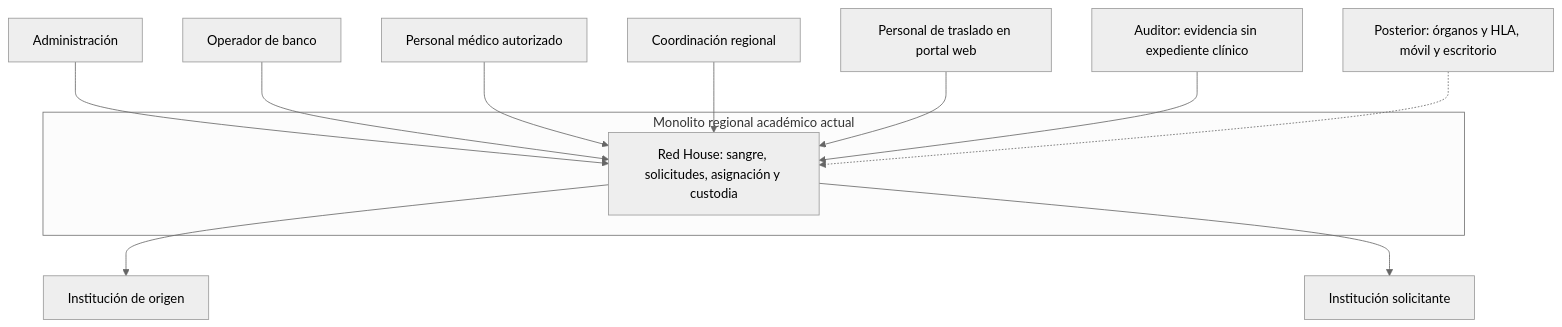
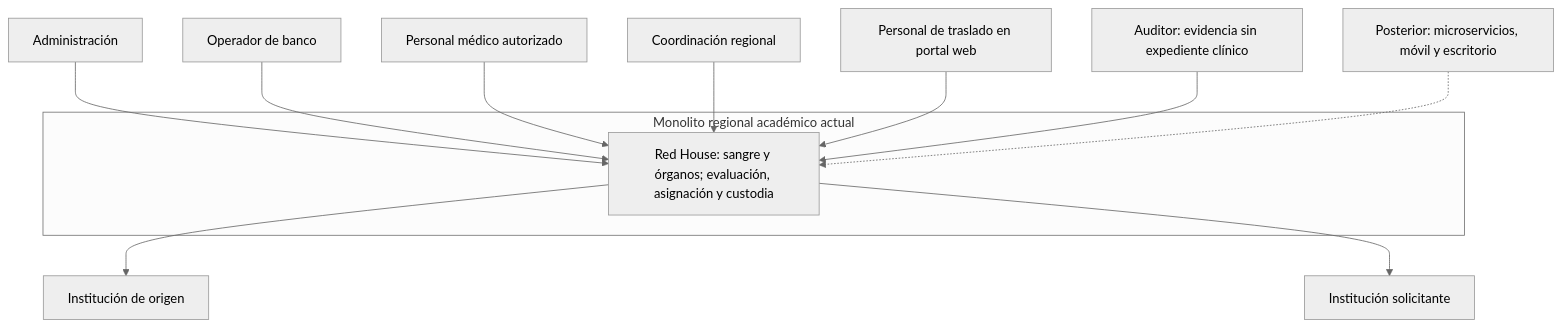
One commit to victor-berlanga/Red-House changed the diagram in documentation/report-assets/diagrams/01_contexto.mmd. Above: the diagram before and after it, drawn with Mermaid (neutral theme). The commit also changed 454 other files, not shown here.

```diff
--- a/documentation/report-assets/diagrams/01_contexto.mmd
+++ b/documentation/report-assets/diagrams/01_contexto.mmd
@@ -1,13 +1,13 @@
 flowchart TB
   subgraph Actual[Monolito regional académico actual]
-    WEB[Red House: sangre, solicitudes, asignación y custodia]
+    WEB[Red House: sangre y órganos; evaluación, asignación y custodia]
   end
   ADM[Administración] --> WEB
   OP[Operador de banco] --> WEB
   MED[Personal médico autorizado] --> WEB
   CO[Coordinación regional] --> WEB
   TR[Personal de traslado en portal web] --> WEB
   AUD[Auditor: evidencia sin expediente clínico] --> WEB
   WEB --> A[Institución de origen]
   WEB --> B[Institución solicitante]
-  FUT[Posterior: órganos y HLA, móvil y escritorio] -.-> WEB
+  FUT[Posterior: microservicios, móvil y escritorio] -.-> WEB
```
